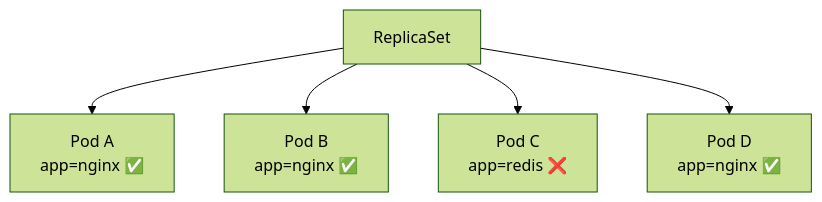
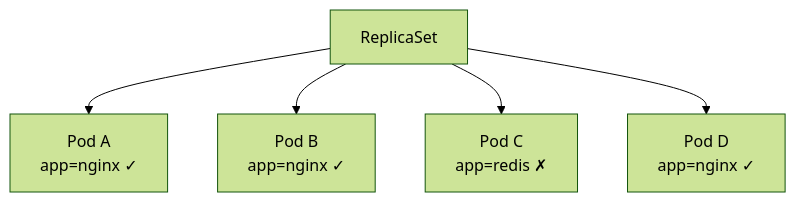
Before and after one commit to mustafammasoud/ops-handbook: diagram 38 of 43 in content/container-orchestration/kubernetes/replicaset-fundamentals.md, drawn with Mermaid (forest theme). The commit also changed other lines of this file and 2 other files, not shown here.

````diff
--- a/content/container-orchestration/kubernetes/replicaset-fundamentals.md
+++ b/content/container-orchestration/kubernetes/replicaset-fundamentals.md
@@ -817,9 +819,9 @@
 ```mermaid
 flowchart TB
     RS["ReplicaSet"]
 
-    RS --> A["Pod A<br/>app=nginx ✅"]
-    RS --> B["Pod B<br/>app=nginx ✅"]
-    RS --> C["Pod C<br/>app=redis ❌"]
-    RS --> D["Pod D<br/>app=nginx ✅"]
+    RS --> A["Pod A<br/>app=nginx ✓ "]
+    RS --> B["Pod B<br/>app=nginx ✓ "]
+    RS --> C["Pod C<br/>app=redis ✗"]
+    RS --> D["Pod D<br/>app=nginx ✓ "]
 ```
````
